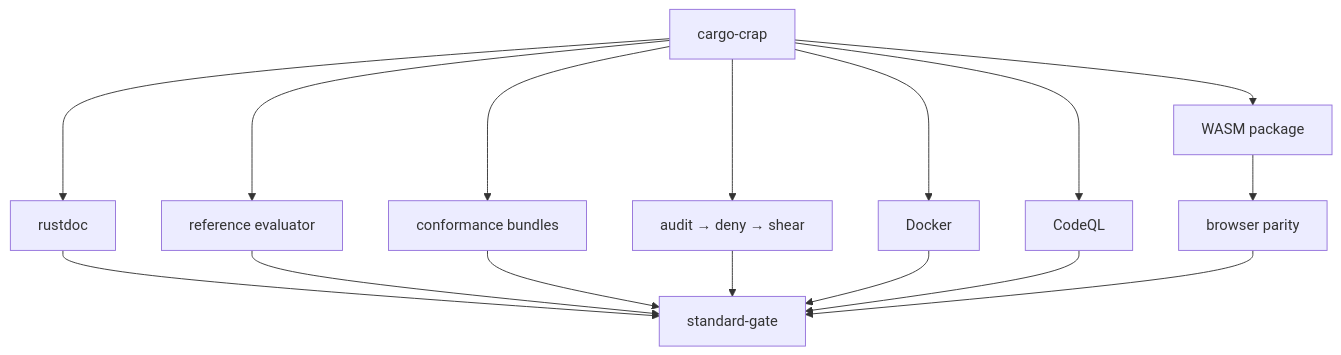
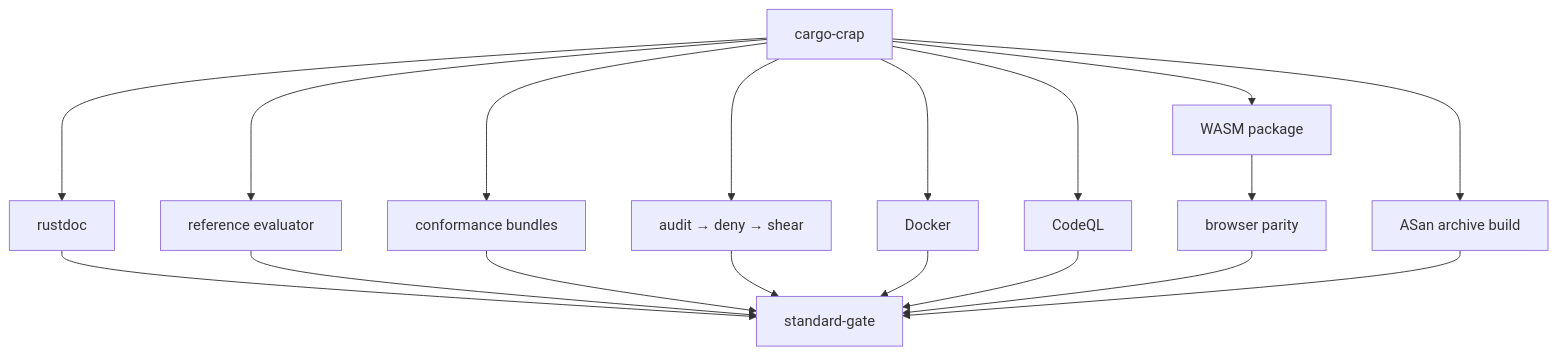
One commit to arceushui/pigloros changed the eighth of 14 diagrams in CONTRIBUTING.md. Above: the diagram before and after it, drawn with Mermaid. The commit also changed other lines of this file and 5 other files, not shown here.

First line of the commit message:
[canary] Keep the ASan archive build inside the strict standard stage

````diff
--- a/CONTRIBUTING.md
+++ b/CONTRIBUTING.md
@@ -244,18 +241,20 @@
 ```mermaid
 flowchart TD
     CR["cargo-crap"] --> D["rustdoc"]
     CR --> E["reference evaluator"]
     CR --> B["conformance bundles"]
     CR --> P["audit → deny → shear"]
     CR --> X["Docker"]
     CR --> W["WASM package"]
     CR --> Q["CodeQL"]
+    CR --> AB["ASan archive build"]
     W --> BP["browser parity"]
     D --> G["standard-gate"]
     E --> G
     B --> G
     P --> G
     X --> G
     Q --> G
     BP --> G
+    AB --> G
 ```
````
